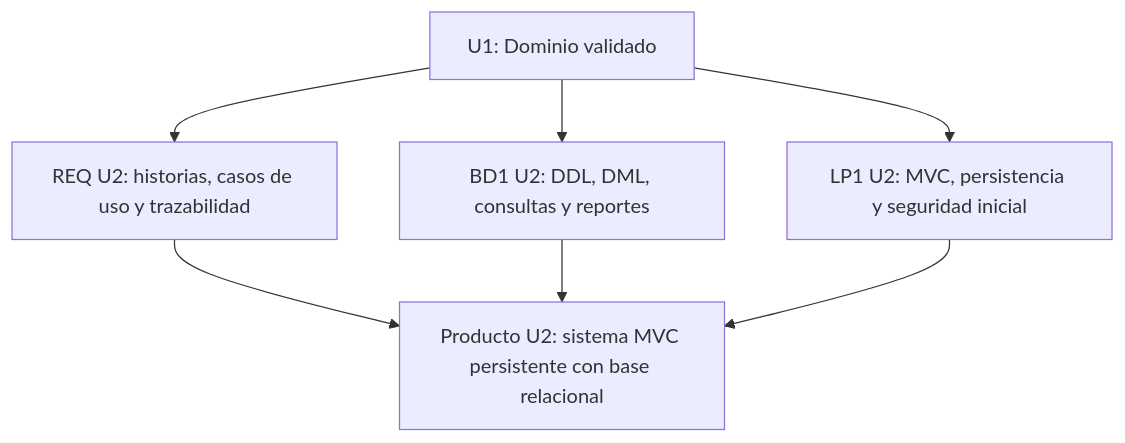
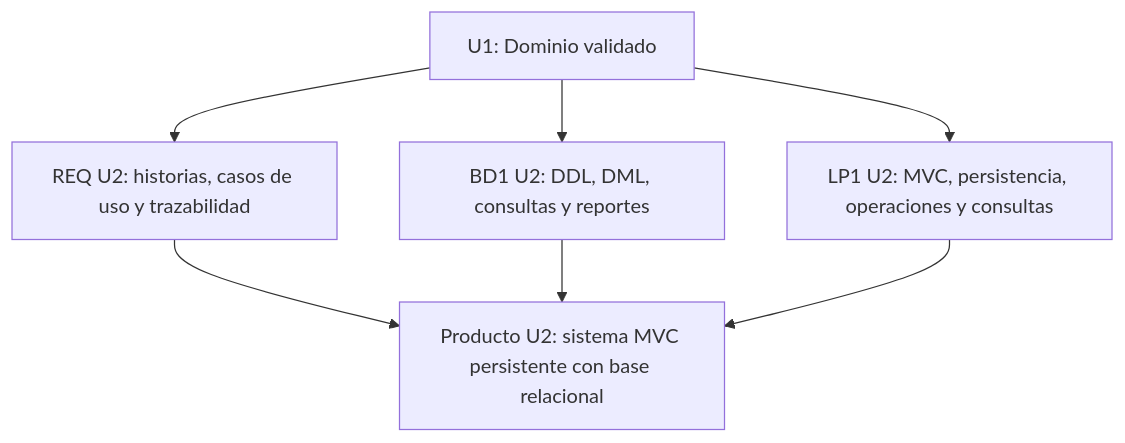
The second of 2 diagrams in docs/proyecto-integrador/u1/index.md (262ciclo3/bomstart), drawn with Mermaid before and after one commit. The commit also changed other lines of this file and 14 other files, not shown here.

````diff
--- a/docs/proyecto-integrador/u1/index.md
+++ b/docs/proyecto-integrador/u1/index.md
@@ -93,15 +93,15 @@
 ```mermaid
 flowchart TB
     A[U1: Dominio validado]
     B[REQ U2: historias, casos de uso y trazabilidad]
     C[BD1 U2: DDL, DML, consultas y reportes]
-    D[LP1 U2: MVC, persistencia y seguridad inicial]
+    D[LP1 U2: MVC, persistencia, operaciones y consultas]
     E[Producto U2: sistema MVC persistente con base relacional]
 
     A --> B
     A --> C
     A --> D
     B --> E
     C --> E
     D --> E
 ```
````
